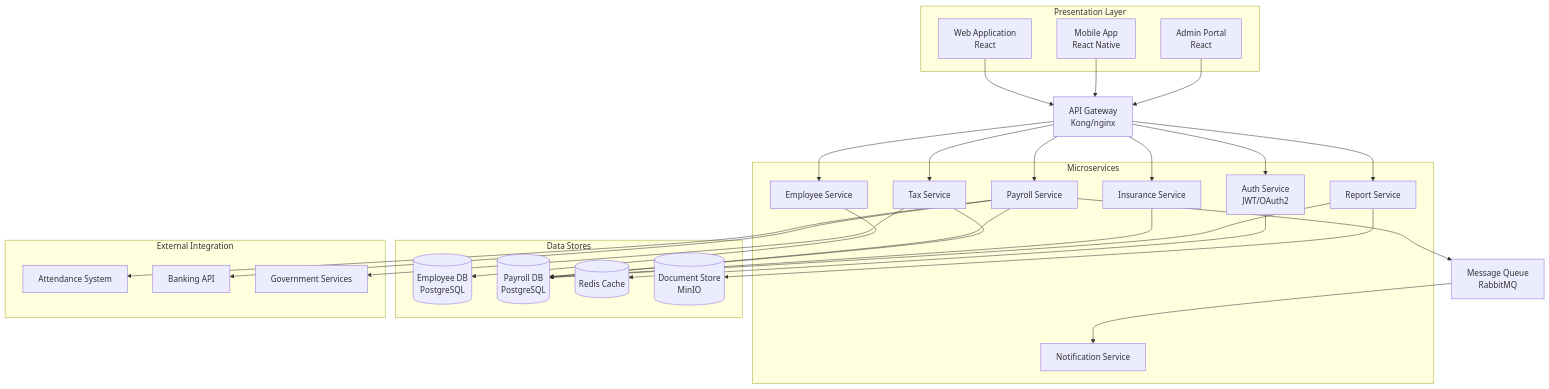
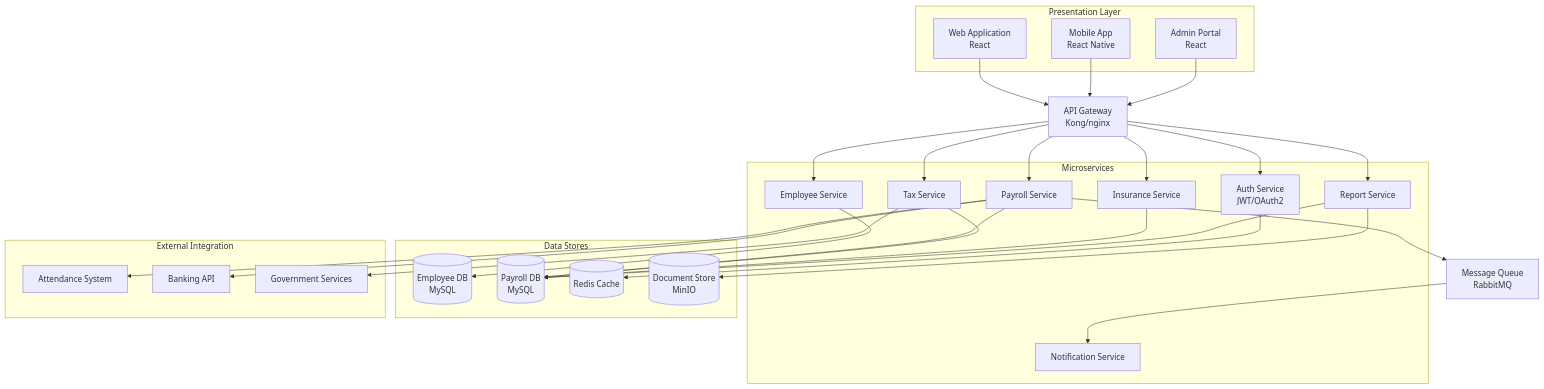
One commit to devsongnhan/Bflow-Doc changed the first of 6 diagrams in HRM/Payroll/2_ThietKe/1_ArchitectureDesign.md. Above: the diagram before and after it, drawn with Mermaid. The commit also changed other lines of this file and 2 other files, not shown here.

````diff
--- a/HRM/Payroll/2_ThietKe/1_ArchitectureDesign.md
+++ b/HRM/Payroll/2_ThietKe/1_ArchitectureDesign.md
@@ -69,67 +69,67 @@
 ```mermaid
 graph TB
     %% Presentation Layer
     subgraph "Presentation Layer"
         WEB[Web Application<br/>React]
         MOB[Mobile App<br/>React Native]
         ADMIN[Admin Portal<br/>React]
     end
 
     %% API Gateway
     GW[API Gateway<br/>Kong/nginx]
 
     %% Business Services
     subgraph "Microservices"
         AUTH[Auth Service<br/>JWT/OAuth2]
         EMP[Employee Service]
         PAY[Payroll Service]
         TAX[Tax Service]
         INS[Insurance Service]
         RPT[Report Service]
         NTF[Notification Service]
     end
 
     %% Data Layer
     subgraph "Data Stores"
-        DB1[(Employee DB<br/>PostgreSQL)]
-        DB2[(Payroll DB<br/>PostgreSQL)]
+        DB1[(Employee DB<br/>MySQL)]
+        DB2[(Payroll DB<br/>MySQL)]
         CACHE[(Redis Cache)]
         DOC[(Document Store<br/>MinIO)]
     end
 
     %% External Systems
     subgraph "External Integration"
         ATT[Attendance System]
         BANK[Banking API]
         GOV[Government Services]
     end
 
     %% Message Queue
     MQ[Message Queue<br/>RabbitMQ]
 
     %% Connections
     WEB --> GW
     MOB --> GW
     ADMIN --> GW
 
     GW --> AUTH
     GW --> EMP
     GW --> PAY
     GW --> TAX
     GW --> INS
     GW --> RPT
 
     AUTH --> CACHE
     EMP --> DB1
     PAY --> DB2
     PAY --> MQ
     TAX --> DB2
     INS --> DB2
     RPT --> DB2
     RPT --> DOC
 
     MQ --> NTF
     PAY --> ATT
     PAY --> BANK
     TAX --> GOV
 ```
````
